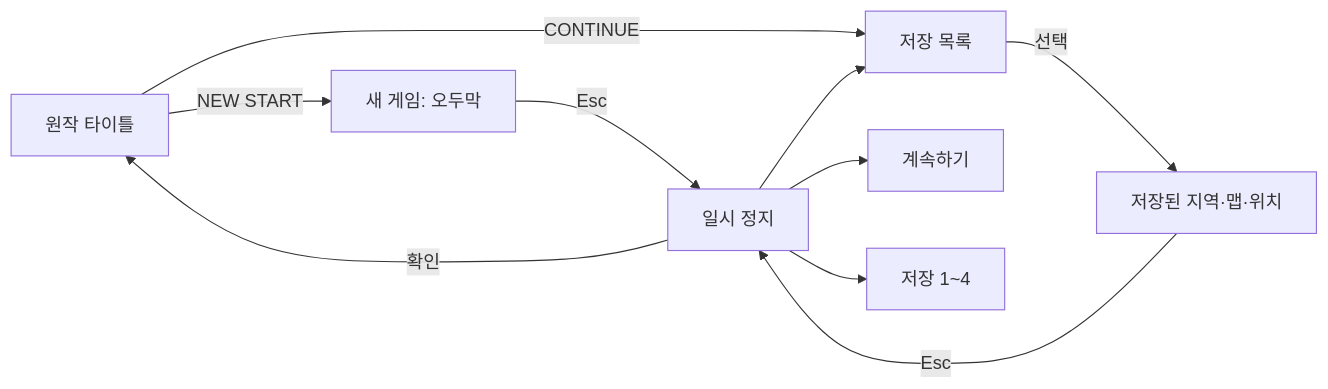
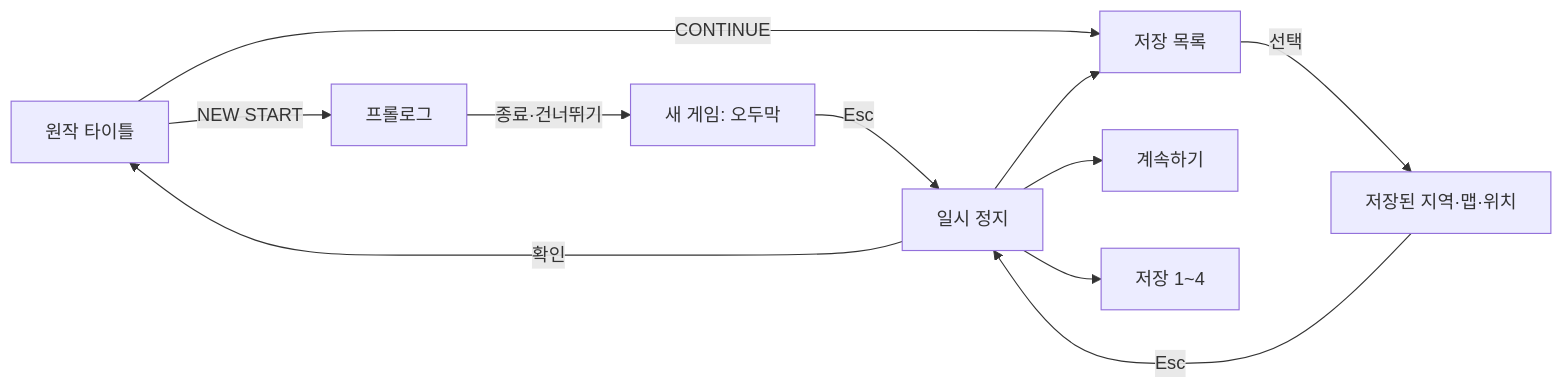
One commit to bnjjong/protocoss-remaster changed the diagram in docs/title-save.md. Above: the diagram before and after it, drawn with Mermaid. The commit also changed other lines of this file and 36 other files, not shown here.

````diff
--- a/docs/title-save.md
+++ b/docs/title-save.md
@@ -9,12 +9,13 @@
 ```mermaid
 flowchart LR
-    A[원작 타이틀] -->|NEW START| B[새 게임: 오두막]
+    A[원작 타이틀] -->|NEW START| P[프롤로그]
+    P -->|종료·건너뛰기| B[새 게임: 오두막]
     A -->|CONTINUE| C[저장 목록]
     C -->|선택| D[저장된 지역·맵·위치]
     B -->|Esc| E[일시 정지]
     D -->|Esc| E
     E --> F[계속하기]
     E --> G[저장 1~4]
     E --> C
     E -->|확인| A
 ```
````
